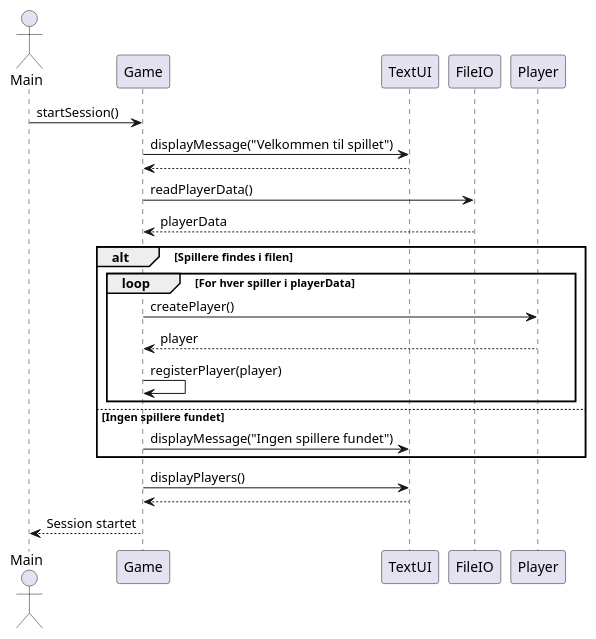
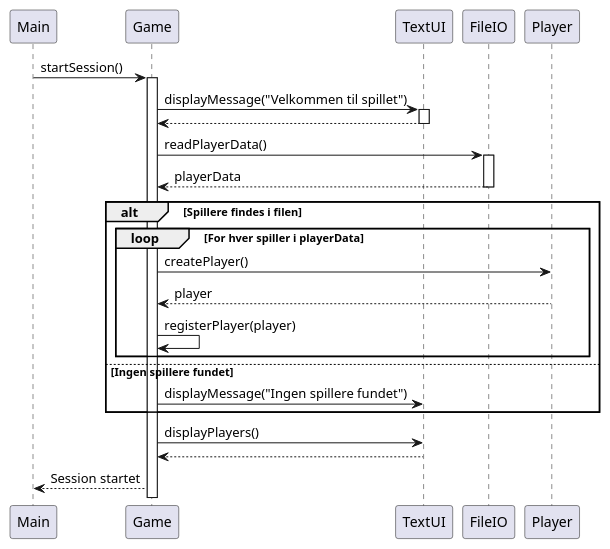
One commit to Studiegruppe-B/OOA-Matador changed the diagram in doc/dynamic/SekvensDiagram.puml. Above: the diagram before and after it, drawn with PlantUML. The commit also changed 4 other files, not shown here.

```diff
--- a/doc/dynamic/SekvensDiagram.puml
+++ b/doc/dynamic/SekvensDiagram.puml
@@ -2,31 +2,37 @@
 @startuml
-actor Main
+participant Main
 participant Game
 participant TextUI
 participant FileIO
 participant Player
 
 Main -> Game : startSession()
+activate Game
 
 Game -> TextUI : displayMessage("Velkommen til spillet")
+activate TextUI
 TextUI --> Game
+deactivate TextUI
 
 Game -> FileIO : readPlayerData()
+activate FileIO
 FileIO --> Game : playerData
+deactivate FileIO
 
 alt Spillere findes i filen
     loop For hver spiller i playerData
         Game -> Player : createPlayer()
         Player --> Game : player
 
         Game -> Game : registerPlayer(player)
     end
 else Ingen spillere fundet
     Game -> TextUI : displayMessage("Ingen spillere fundet")
 end
 
 Game -> TextUI : displayPlayers()
 TextUI --> Game
 
+
 Game --> Main : Session startet
 @enduml
```
